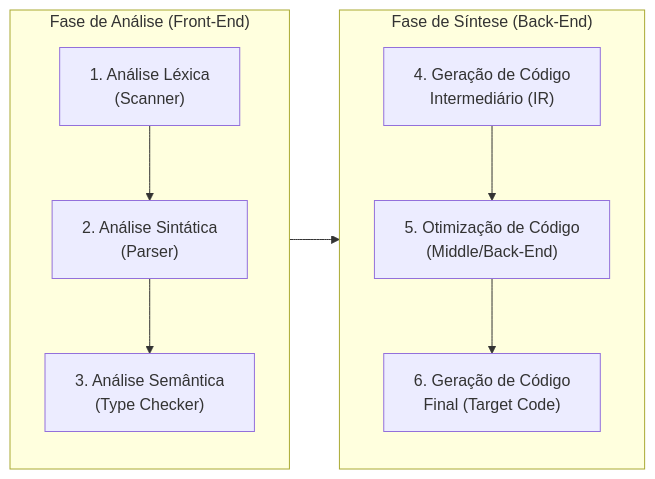
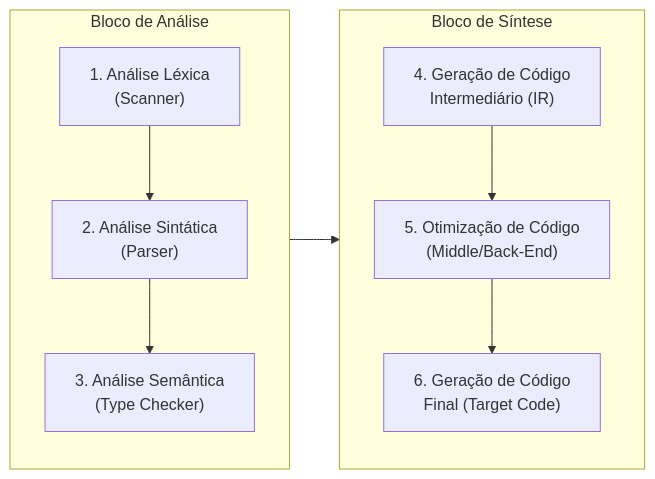
Before and after one commit to dultradev/Compiladores: the second of 2 diagrams in README.md, drawn with Mermaid. The commit also changed other lines of this file, not shown here.

````diff
--- a/README.md
+++ b/README.md
@@ -175,16 +177,16 @@
 ```mermaid
 flowchart LR
-    subgraph Analise ["Fase de Análise (Front-End)"]
+    subgraph Analise ["Bloco de Análise "]
         direction TB
         L1["1. Análise Léxica\n(Scanner)"] --> L2["2. Análise Sintática\n(Parser)"]
         L2 --> L3["3. Análise Semântica\n(Type Checker)"]
     end
 
-    subgraph Sintese ["Fase de Síntese (Back-End)"]
+    subgraph Sintese ["Bloco de Síntese "]
         direction TB
         S1["4. Geração de Código\nIntermediário (IR)"] --> S2["5. Otimização de Código\n(Middle/Back-End)"]
         S2 --> S3["6. Geração de Código\nFinal (Target Code)"]
     end
 
     Analise --> Sintese
 ```
````
